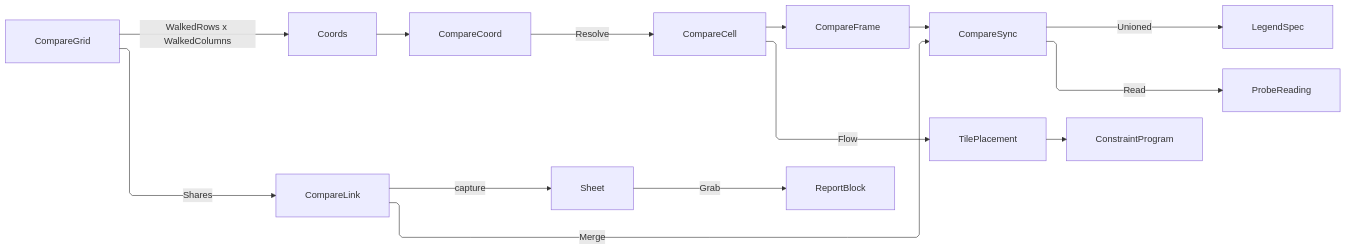
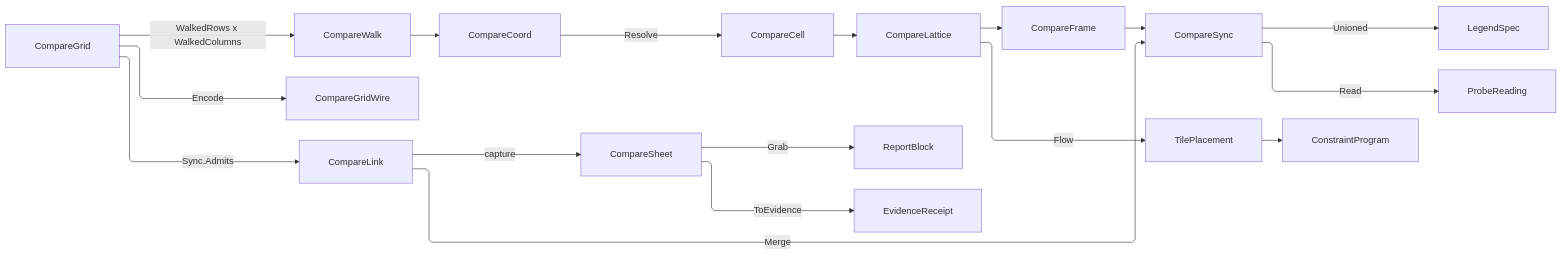
The diagram in libs/csharp/Rasm.AppUi/.planning/Analysis/compare.md (bsamiee/Rasm), drawn with Mermaid before and after one commit. The commit also changed other lines of this file and 818 other files, not shown here.

````diff
--- a/libs/csharp/Rasm.AppUi/.planning/Analysis/compare.md
+++ b/libs/csharp/Rasm.AppUi/.planning/Analysis/compare.md
@@ -607,25 +807,28 @@
 ```mermaid
 ---
 config:
   layout: elk
   flowchart:
     curve: linear
     padding: 25
 ---
 flowchart LR
     accTitle: Compare grid coordinate walk and shared channels
-    accDescr: A grid declaring two walked axes over a pinned coordinate, walking the capped cartesian product into coordinates that resolve to bound cells, with each declared link folding its own merge over one frame to seat one camera, one probe reading set, and one unioned legend domain, before placement runs through the board's own wrapping fold and the capture channel admits the contact sheet.
-    CompareGrid -->|WalkedRows x WalkedColumns| Coords
-    Coords --> CompareCoord
+    accDescr: A grid declaring two walked axes over a pinned coordinate, walking the capped cartesian product into coordinates that resolve to a lattice of bound cells beside the members the walk refused, with each granted link folding its own merge over one frame to seat one camera, one probe reading set, and one unioned legend domain, before placement runs one board flow per lattice row and the capture grant admits the contact sheet and its receipt.
+    CompareGrid -->|WalkedRows x WalkedColumns| CompareWalk
+    CompareWalk --> CompareCoord
     CompareCoord -->|Resolve| CompareCell
-    CompareCell --> CompareFrame
-    CompareGrid -->|Shares| CompareLink
+    CompareCell --> CompareLattice
+    CompareLattice --> CompareFrame
+    CompareGrid -->|Encode| CompareGridWire
+    CompareGrid -->|Sync.Admits| CompareLink
     CompareLink -->|Merge| CompareSync
     CompareFrame --> CompareSync
     CompareSync -->|Unioned| LegendSpec
     CompareSync -->|Read| ProbeReading
-    CompareCell -->|Flow| TilePlacement
+    CompareLattice -->|Flow| TilePlacement
     TilePlacement --> ConstraintProgram
-    CompareLink -->|capture| Sheet
-    Sheet -->|Grab| ReportBlock
+    CompareLink -->|capture| CompareSheet
+    CompareSheet -->|Grab| ReportBlock
+    CompareSheet -->|ToEvidence| EvidenceReceipt
 ```
````
